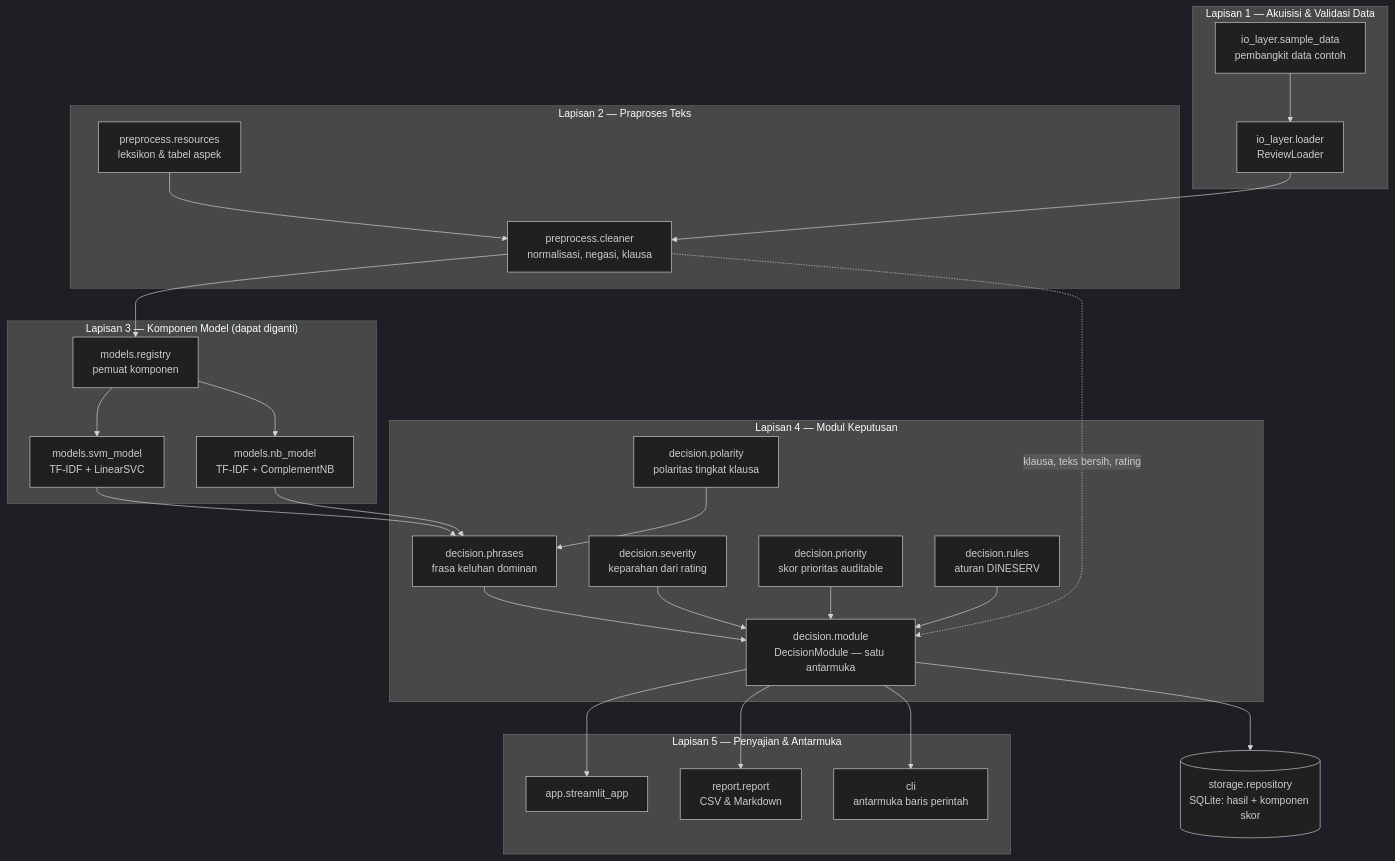
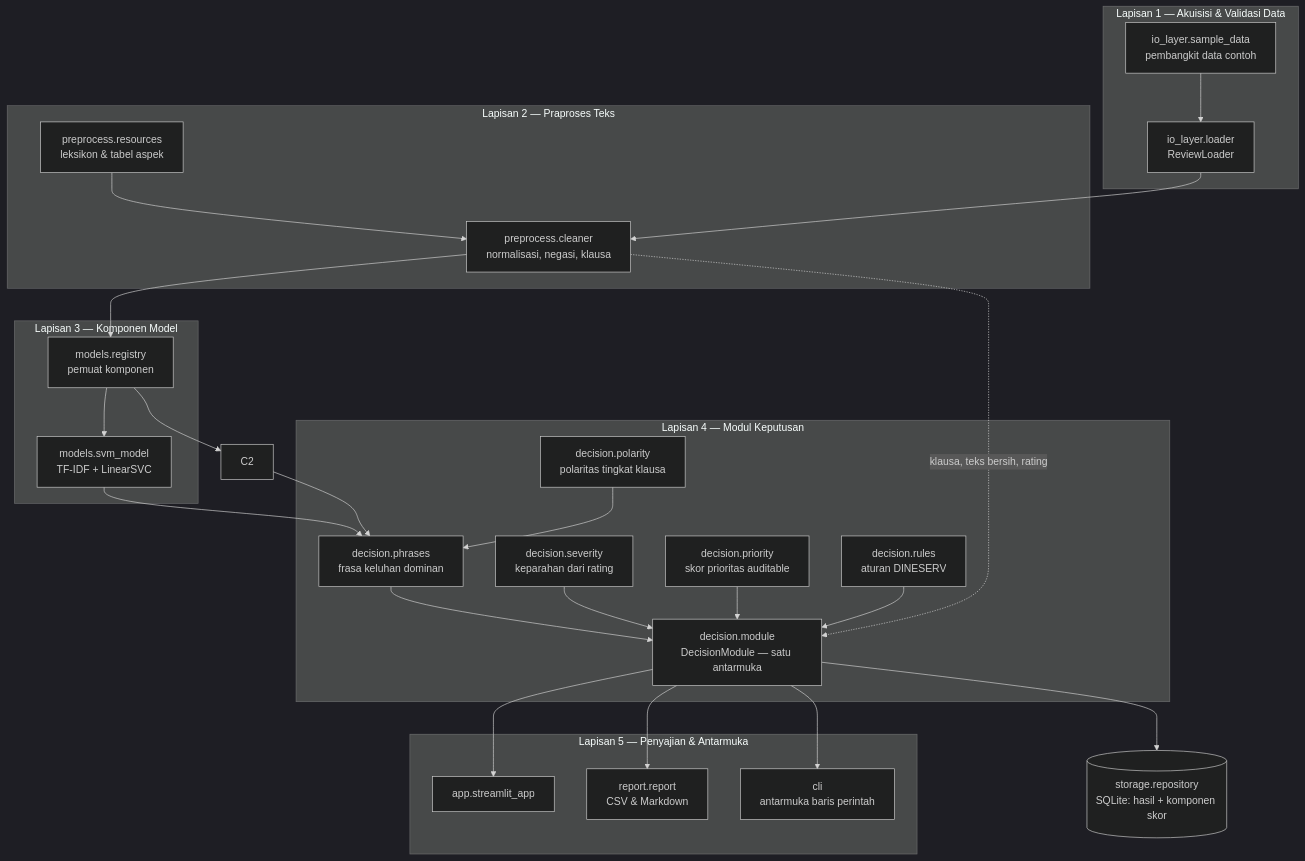
One commit to Badiii098/restaurant-review-analytics changed the first of 2 diagrams in docs/ARSITEKTUR.md. Above: the diagram before and after it, drawn with Mermaid (dark theme). The commit also changed other lines of this file and 1 other file, not shown here.

First line of the commit message:
docs(arsitektur): hapus komponen naive bayes dari arsitektur dan alur

````diff
--- a/docs/ARSITEKTUR.md
+++ b/docs/ARSITEKTUR.md
@@ -10,53 +10,52 @@
 ```mermaid
 flowchart TD
     subgraph L1["Lapisan 1 — Akuisisi & Validasi Data"]
         A1[io_layer.loader<br/>ReviewLoader]
         A2[io_layer.sample_data<br/>pembangkit data contoh]
     end
 
     subgraph L2["Lapisan 2 — Praproses Teks"]
         B1[preprocess.cleaner<br/>normalisasi, negasi, klausa]
         B2[preprocess.resources<br/>leksikon & tabel aspek]
     end
 
-    subgraph L3["Lapisan 3 — Komponen Model (dapat diganti)"]
+    subgraph L3["Lapisan 3 — Komponen Model"]
         C1[models.svm_model<br/>TF-IDF + LinearSVC]
-        C2[models.nb_model<br/>TF-IDF + ComplementNB]
         C3[models.registry<br/>pemuat komponen]
     end
 
     subgraph L4["Lapisan 4 — Modul Keputusan"]
         D1[decision.phrases<br/>frasa keluhan dominan]
         D2[decision.polarity<br/>polaritas tingkat klausa]
         D3[decision.severity<br/>keparahan dari rating]
         D4[decision.priority<br/>skor prioritas auditable]
         D5[decision.rules<br/>aturan DINESERV]
         D6[decision.module<br/>DecisionModule — satu antarmuka]
     end
 
     subgraph L5["Lapisan 5 — Penyajian & Antarmuka"]
         E1[app.streamlit_app]
         E2[report.report<br/>CSV & Markdown]
         E3[cli<br/>antarmuka baris perintah]
     end
 
     S[(storage.repository<br/>SQLite: hasil + komponen skor)]
 
     A1 --> B1 --> C3
     A2 --> A1
     B2 --> B1
     C3 --> C1
     C3 --> C2
     C1 --> D1
     C2 --> D1
     B1 -. "klausa, teks bersih, rating" .-> D6
     D1 --> D6
     D2 --> D1
     D3 --> D6
     D4 --> D6
     D5 --> D6
     D6 --> E1
     D6 --> E2
     D6 --> E3
     D6 --> S
 ```
````
